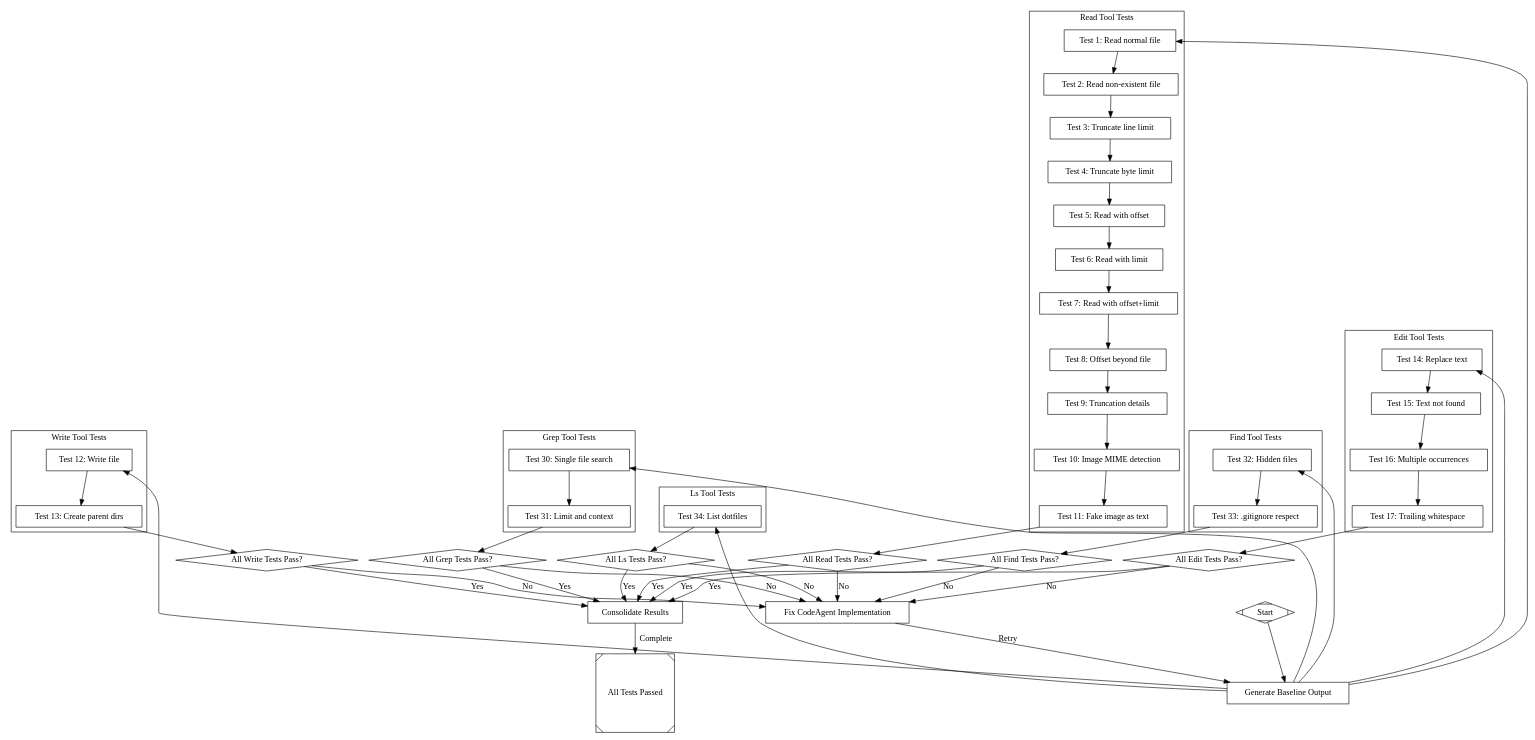
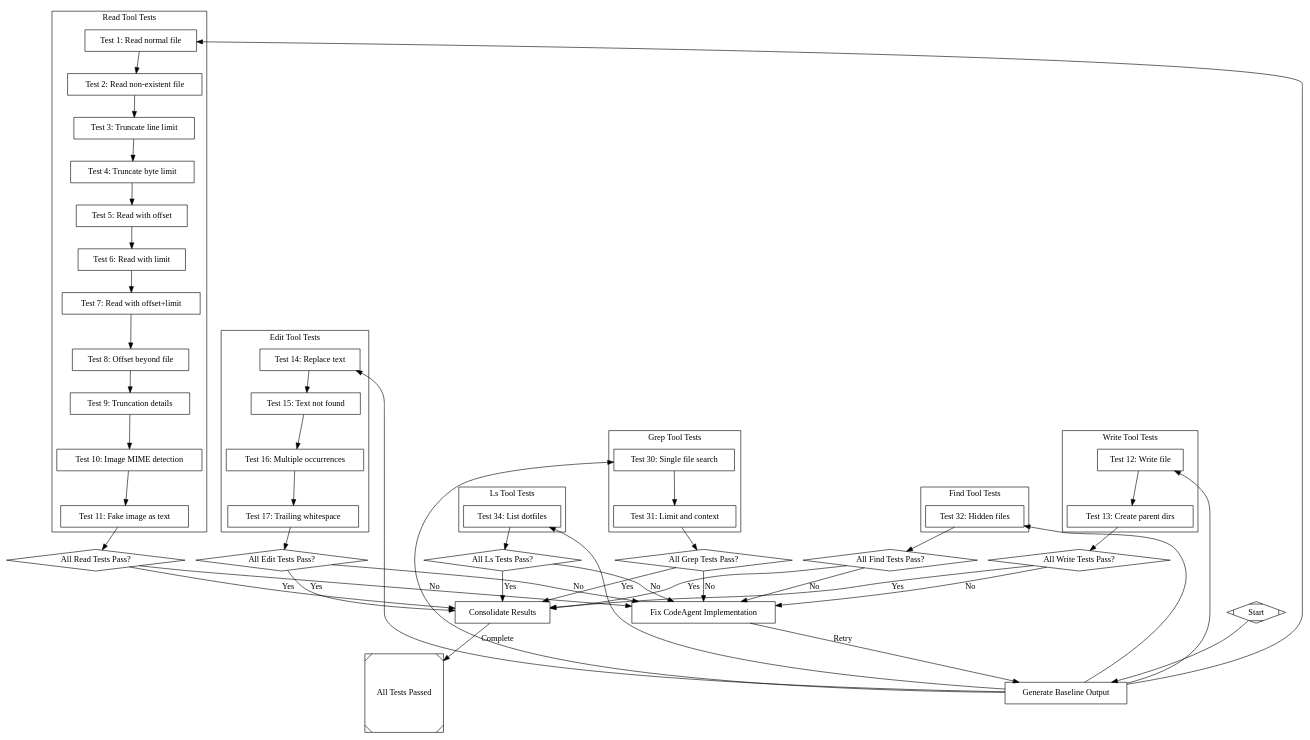
Before and after one commit to Kingminghuang/smolagents-ts: the diagram in dot/Node_CodeAgent_Tools_Validation.dot, drawn with Graphviz. The commit also changed 8 other files, not shown here.

Commit message:
feat: remove .gitignore support from FindTool and update related tests and validation flows

```diff
--- a/dot/Node_CodeAgent_Tools_Validation.dot
+++ b/dot/Node_CodeAgent_Tools_Validation.dot
@@ -126,7 +126,7 @@
         ]
     }
     
-    // Find Tool Tests (Tests 32-33)
+    // Find Tool Tests (Tests 32)
     subgraph cluster_find_tests {
         label="Find Tool Tests"
         
@@ -135,17 +135,13 @@
             prompt="Initialize a CodeAgent with ReadTool, WriteTool, EditTool, GrepTool, FindTool, and LsTool.\n\nThen run the CodeAgent with the following task:\n'Create a hidden directory .secret/ and a file inside .secret/hidden.txt. Also create a file visible.txt. Then find all text files (**/*.txt) in the current directory. Finally output the find result.'\n\nSatisfaction: CodeAgent generates code with output including hidden files matching baseline Test 32"
         ]
         
-        test_find_33 [
-            label="Test 33: .gitignore respect",
-            prompt="Initialize a CodeAgent with ReadTool, WriteTool, EditTool, GrepTool, FindTool, and LsTool.\n\nThen run the CodeAgent with the following task:\n'Create a file named .gitignore with content ignored.txt. Create ignored.txt and kept.txt. Then find all text files (**/*.txt) in the current directory. Finally output the find result.'\n\nSatisfaction: CodeAgent generates code with output excluding gitignored files matching baseline Test 33"
-        ]
     }
     
-    // Ls Tool Tests (Test 34)
+    // Ls Tool Tests (Test 33)
     subgraph cluster_ls_tests {
         label="Ls Tool Tests"
         
-        test_ls_34 [
+        test_ls_33 [
             label="Test 34: List dotfiles",
             prompt="Initialize a CodeAgent with ReadTool, WriteTool, EditTool, GrepTool, FindTool, and LsTool.\n\nThen run the CodeAgent with the following task:\n'Create a hidden file .hidden-file and a hidden directory .hidden-dir. Then list the contents of the current directory. Finally output the ls result.'\n\nSatisfaction: CodeAgent generates code with output including dotfiles and directories matching baseline Test 34"
         ]
@@ -206,12 +202,11 @@
     
     // Find tests flow
     setup_baseline -> test_find_32
-    test_find_32 -> test_find_33
-    test_find_33 -> gate_find
+    test_find_32 -> gate_find
     
     // Ls tests flow
-    setup_baseline -> test_ls_34
-    test_ls_34 -> gate_ls
+    setup_baseline -> test_ls_33
+    test_ls_33 -> gate_ls
     
     // Gates to consolidation
     gate_read -> consolidate_results [label="Yes", condition="outcome=success"]
```
